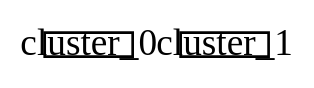
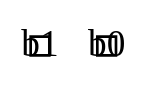
One commit to stefanrinderle/SoftViz3D changed the diagram in protected/runtime/temp.dot. Above: the diagram before and after it, drawn with Graphviz. The commit also changed 1 other file, not shown here.

```diff
--- a/protected/runtime/temp.dot
+++ b/protected/runtime/temp.dot
@@ -1,4 +1,4 @@
 digraph G {
-    cluster_0 [ shape=rectangle,width=0.45833333333333,height=0.125,fixedsize=true,id=22796,type=0 ];
-    cluster_1 [ shape=rectangle,width=0.45833333333333,height=0.125,fixedsize=true,id=22799,type=0 ];
+    b1 [ shape=rectangle,width=0.1,height=0.1,fixedsize=true,id=22782,type=1,metric1="",metric2="" ];
+    b0 [ shape=rectangle,width=0.1,height=0.1,fixedsize=true,id=22781,type=1,metric1="",metric2="" ];
 }
```
